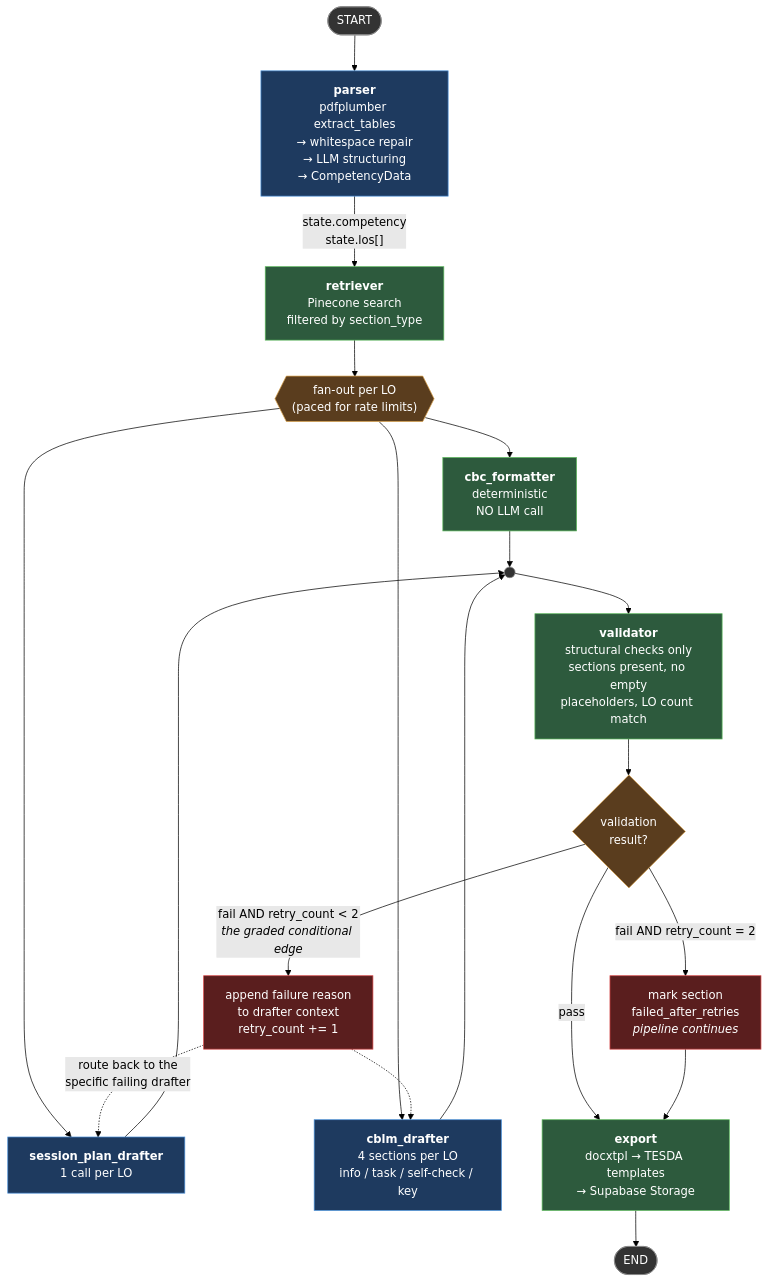
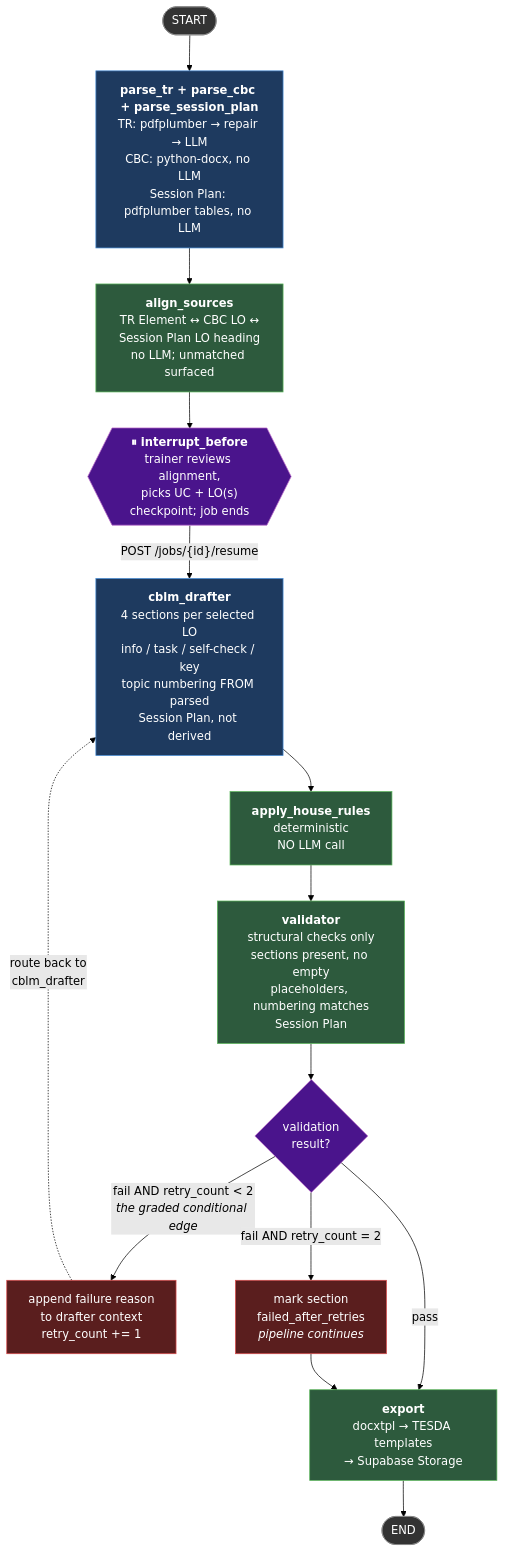
The first of 9 diagrams in docs/specs/TECHNICAL_DIAGRAMS.md (shuakyle21/tesda-cbc-agent), drawn with Mermaid (forest theme) before and after one commit. The commit also changed other lines of this file and 5 other files, not shown here.

First line of the commit message:
Cascade the CBLM-only reversal into the remaining spec docs (part 1)

````diff
--- a/docs/specs/TECHNICAL_DIAGRAMS.md
+++ b/docs/specs/TECHNICAL_DIAGRAMS.md
@@ -16,46 +26,42 @@
 ```mermaid
 flowchart TD
-    START([START]) --> PARSER
+    START([START]) --> PARSERS
 
-    PARSER["<b>parser</b><br/>pdfplumber extract_tables<br/>→ whitespace repair<br/>→ LLM structuring<br/>→ CompetencyData"]
-    RETRIEVER["<b>retriever</b><br/>Pinecone search<br/>filtered by section_type"]
+    PARSERS["<b>parse_tr + parse_cbc + parse_session_plan</b><br/>TR: pdfplumber → repair → LLM<br/>CBC: python-docx, no LLM<br/>Session Plan: pdfplumber tables, no LLM"]
 
-    PARSER -->|"state.competency<br/>state.los[]"| RETRIEVER
+    PARSERS --> ALIGN["<b>align_sources</b><br/>TR Element ↔ CBC LO ↔<br/>Session Plan LO heading<br/>no LLM; unmatched surfaced"]
 
-    RETRIEVER --> FANOUT{{"fan-out per LO<br/>(paced for rate limits)"}}
+    ALIGN --> INTERRUPT{{"<b>⏸ interrupt_before</b><br/>trainer reviews alignment,<br/>picks UC + LO(s)<br/>checkpoint; job ends"}}
 
-    FANOUT --> CBC["<b>cbc_formatter</b><br/>deterministic<br/>NO LLM call"]
-    FANOUT --> SP["<b>session_plan_drafter</b><br/>1 call per LO"]
-    FANOUT --> CBLM["<b>cblm_drafter</b><br/>4 sections per LO<br/>info / task / self-check / key"]
+    INTERRUPT -->|"POST /jobs/{id}/resume"| CBLM["<b>cblm_drafter</b><br/>4 sections per selected LO<br/>info / task / self-check / key<br/>topic numbering FROM parsed<br/>Session Plan, not derived"]
 
-    CBC --> JOIN(( ))
-    SP --> JOIN
-    CBLM --> JOIN
+    CBLM --> HOUSE["<b>apply_house_rules</b><br/>deterministic<br/>NO LLM call"]
 
-    JOIN --> VALIDATOR["<b>validator</b><br/>structural checks only<br/>sections present, no empty<br/>placeholders, LO count match"]
+    HOUSE --> VALIDATOR["<b>validator</b><br/>structural checks only<br/>sections present, no empty<br/>placeholders, numbering matches<br/>Session Plan"]
 
     VALIDATOR --> COND{"validation<br/>result?"}
 
     COND -->|"pass"| EXPORT
     COND -->|"fail AND retry_count &lt; 2<br/><i>the graded conditional edge</i>"| REDRAFT["append failure reason<br/>to drafter context<br/>retry_count += 1"]
     COND -->|"fail AND retry_count = 2"| MARK["mark section<br/>failed_after_retries<br/><i>pipeline continues</i>"]
 
-    REDRAFT -.->|"route back to the<br/>specific failing drafter"| SP
-    REDRAFT -.-> CBLM
+    REDRAFT -.->|"route back to<br/>cblm_drafter"| CBLM
     MARK --> EXPORT
 
     EXPORT["<b>export</b><br/>docxtpl → TESDA templates<br/>→ Supabase Storage"]
     EXPORT --> END([END])
 
     classDef llm fill:#1e3a5f,stroke:#4a90d9,color:#fff
     classDef det fill:#2d5a3d,stroke:#5cb85c,color:#fff
     classDef gate fill:#5a3d1e,stroke:#d9a04a,color:#fff
     classDef fail fill:#5a1e1e,stroke:#d94a4a,color:#fff
     classDef term fill:#333,stroke:#888,color:#fff
+    classDef human fill:#4a148c,stroke:#ba68c8,color:#fff
 
-    class PARSER,SP,CBLM llm
-    class CBC,VALIDATOR,EXPORT,RETRIEVER det
-    class COND,FANOUT gate
+    class PARSERS,CBLM llm
+    class ALIGN,HOUSE,VALIDATOR,EXPORT det
+    class COND human
+    class INTERRUPT human
     class REDRAFT,MARK fail
-    class START,END,JOIN term
+    class START,END term
 ```
````
